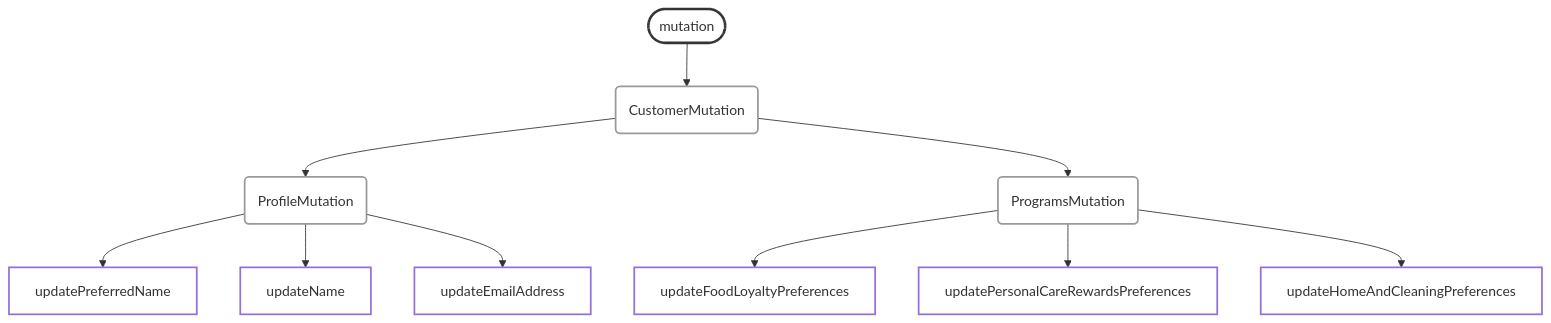
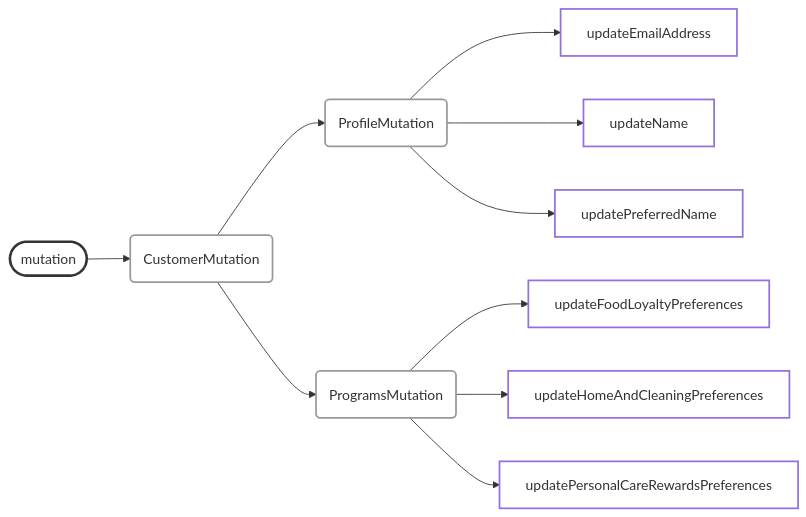
Before and after one commit to bcdxn/bcdxn.github.io: the second of 4 diagrams in _posts/2026-10-07-graphql-mutation-namespacing.md, drawn with Mermaid. The commit also changed other lines of this file, not shown here.

Commit message:
improve diagram readability

```diff
--- a/_posts/2026-10-07-graphql-mutation-namespacing.md
+++ b/_posts/2026-10-07-graphql-mutation-namespacing.md
@@ -47,25 +47,25 @@
 <pre class="mermaid">
 %%{init: {'themeVariables': { 'edgeLabelBackground': '#fff'}}}%%
-flowchart TD
+flowchart LR
   classDef default fill:none,stroke-width:2px
   classDef grouping fill:none,stroke:#999,stroke-width:2px
   classDef user fill:none,stroke:#333,stroke-width:3px
 
   mutation([mutation])
   customer(CustomerMutation)
   profile(ProfileMutation)
   programs(ProgramsMutation)
 
   mutation --> customer
   customer --> profile
   customer --> programs
   programs --> updateFoodLoyaltyPreferences[updateFoodLoyaltyPreferences]
+  programs --> updateHomeAndCleaningPreferences[updateHomeAndCleaningPreferences]
   programs --> updatePersonalCareRewardsPreferences[updatePersonalCareRewardsPreferences]
-  programs --> updateHomeAndCleaningPreferences[updateHomeAndCleaningPreferences]
 
+  profile --> updateEmailAddress[updateEmailAddress]
+  profile --> updateName[updateName]
   profile --> updatePreferredName[updatePreferredName]
-  profile --> updateName[updateName]
-  profile --> updateEmailAddress[updateEmailAddress]
   class mutation user
   class customer,profile,programs grouping
 </pre>
```
